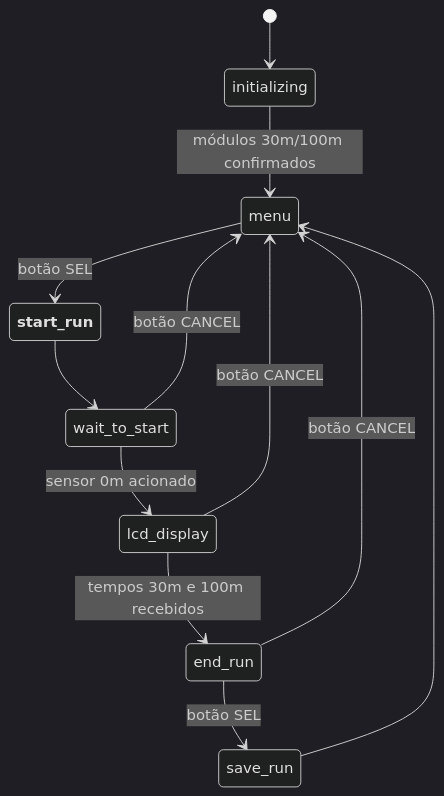
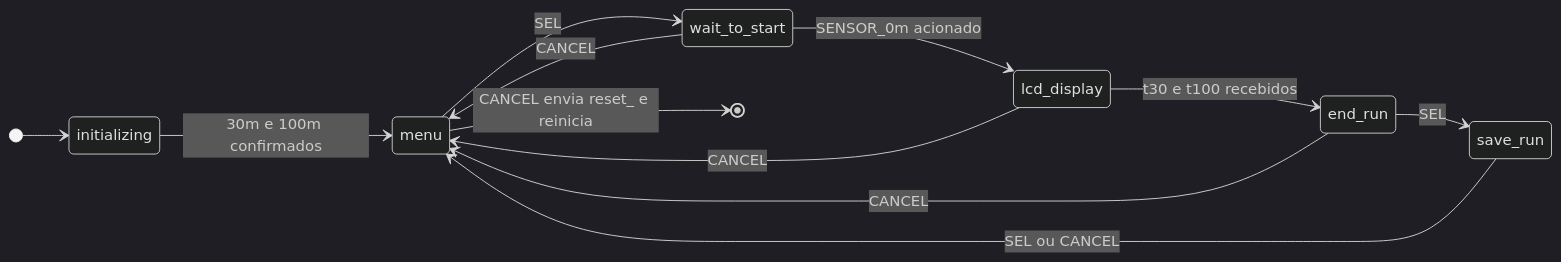
Before and after one commit to DARXS/AV-Test: the fifth of 11 diagrams in README.md, drawn with Mermaid (dark theme). The commit also changed other lines of this file, not shown here.

````diff
--- a/README.md
+++ b/README.md
@@ -90,14 +316,15 @@
 ```mermaid
 stateDiagram-v2
+    direction LR
     [*] --> initializing
-    initializing --> menu: módulos 30m/100m confirmados
-    menu --> __start_run__: botão SEL
-    __start_run__ --> wait_to_start
-    wait_to_start --> lcd_display: sensor 0m acionado
-    lcd_display --> end_run: tempos 30m e 100m recebidos
-    end_run --> save_run: botão SEL
-    end_run --> menu: botão CANCEL
-    save_run --> menu
-    wait_to_start --> menu: botão CANCEL
-    lcd_display --> menu: botão CANCEL
+    initializing --> menu: 30m e 100m confirmados
+    menu --> wait_to_start: SEL
+    menu --> [*]: CANCEL envia reset_ e reinicia
+    wait_to_start --> lcd_display: SENSOR_0m acionado
+    wait_to_start --> menu: CANCEL
+    lcd_display --> end_run: t30 e t100 recebidos
+    lcd_display --> menu: CANCEL
+    end_run --> save_run: SEL
+    end_run --> menu: CANCEL
+    save_run --> menu: SEL ou CANCEL
 ```
````
